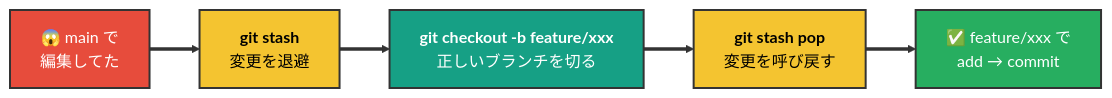
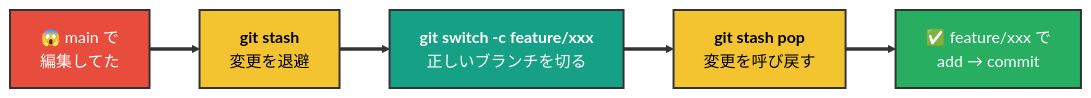
One commit to kasuyaofcb/tech_docs changed diagram 17 of 21 in 02_git/git.md. Above: the diagram before and after it, drawn with Mermaid. The commit also changed other lines of this file and 1 other file, not shown here.

First line of the commit message:
docs(git): 初学者目線の通読で見つかった違和感を修正

````diff
--- a/02_git/git.md
+++ b/02_git/git.md
@@ -700,13 +702,13 @@
 ```mermaid
 flowchart LR
     S1["😱 main で<br/>編集してた"] ==> S2["<b>git stash</b><br/>変更を退避"]
-    S2 ==> S3["<b>git checkout -b feature/xxx</b><br/>正しいブランチを切る"]
+    S2 ==> S3["<b>git switch -c feature/xxx</b><br/>正しいブランチを切る"]
     S3 ==> S4["<b>git stash pop</b><br/>変更を呼び戻す"]
     S4 ==> S5["✅ feature/xxx で<br/>add → commit"]
 
     style S1 fill:#E74C3C,color:#FFFFFF,stroke:#333,stroke-width:2px
     style S2 fill:#F4C430,color:#000,stroke:#333,stroke-width:2px
     style S3 fill:#16A085,color:#FFFFFF,stroke:#333,stroke-width:2px
     style S4 fill:#F4C430,color:#000,stroke:#333,stroke-width:2px
     style S5 fill:#27AE60,color:#FFFFFF,stroke:#333,stroke-width:2px
 ```
````
